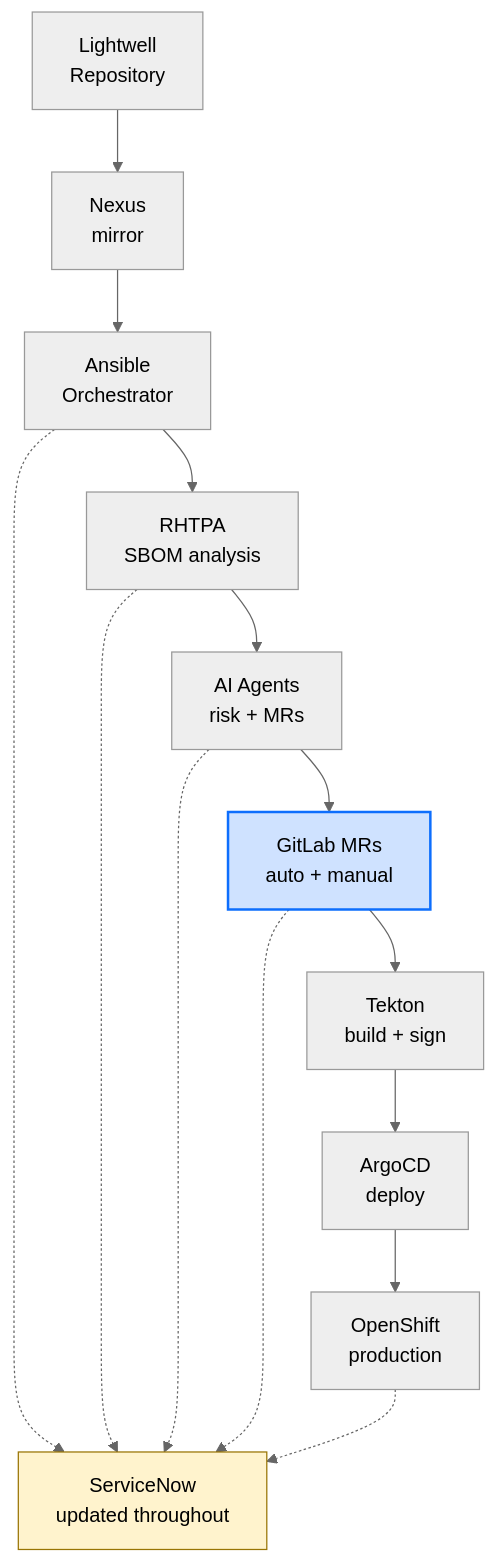
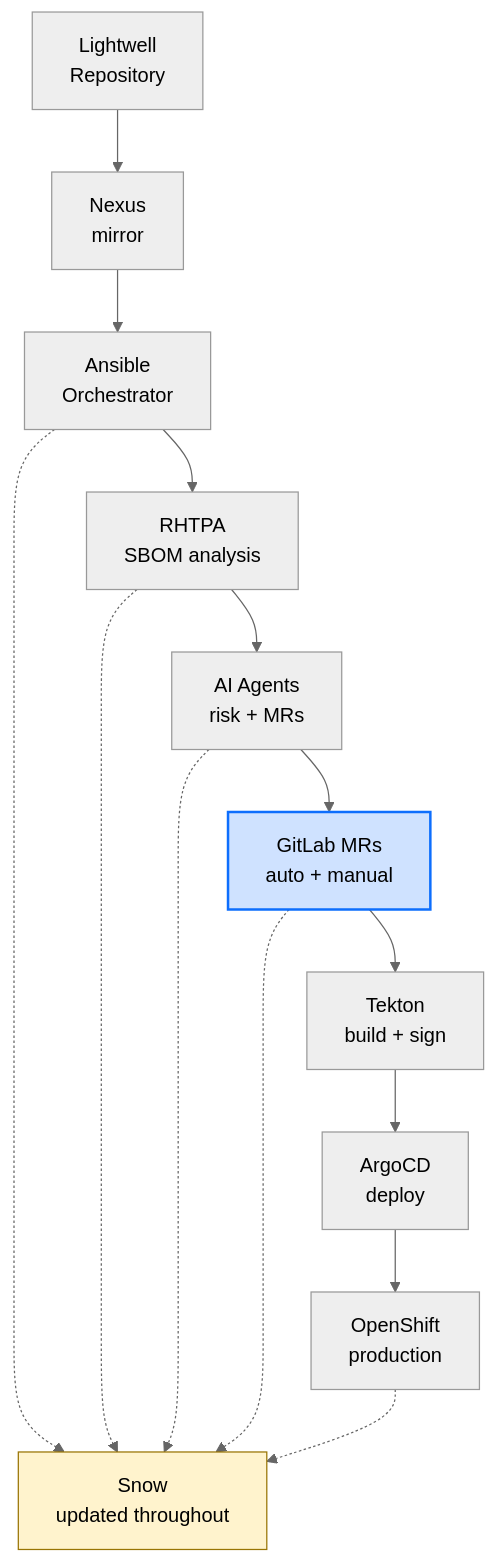
Before and after one commit to rhpds/lightwell-workshop: the third of 3 diagrams in content/modules/ROOT/pages/module-00-concepts.adoc, drawn with Mermaid (neutral theme). The commit also changed other lines of this file and 13 other files, not shown here.

First line of the commit message:
docs: rename ServiceNow to Snow across content, logo, and config

```diff
--- a/content/modules/ROOT/pages/module-00-concepts.adoc
+++ b/content/modules/ROOT/pages/module-00-concepts.adoc
@@ -128,22 +128,22 @@
 [mermaid, role=expand]
 ----
 flowchart TB
   LW["Lightwell<br/>Repository"]
   NX["Nexus<br/>mirror"]
   AO["Ansible<br/>Orchestrator"]
   TPA["RHTPA<br/>SBOM analysis"]
   AI["AI Agents<br/>risk + MRs"]
   MR["GitLab MRs<br/>auto + manual"]
   TK["Tekton<br/>build + sign"]
   AC["ArgoCD<br/>deploy"]
   OS["OpenShift<br/>production"]
-  SN["ServiceNow<br/>updated throughout"]
+  SN["Snow<br/>updated throughout"]
   LW --> NX --> AO --> TPA --> AI --> MR --> TK --> AC --> OS
   AO -.-> SN
   TPA -.-> SN
   AI -.-> SN
   MR -.-> SN
   OS -.-> SN
   style MR fill:#cfe2ff,stroke:#0d6efd,stroke-width:2px
   style SN fill:#fff3cd,stroke:#997404
 ----
```
